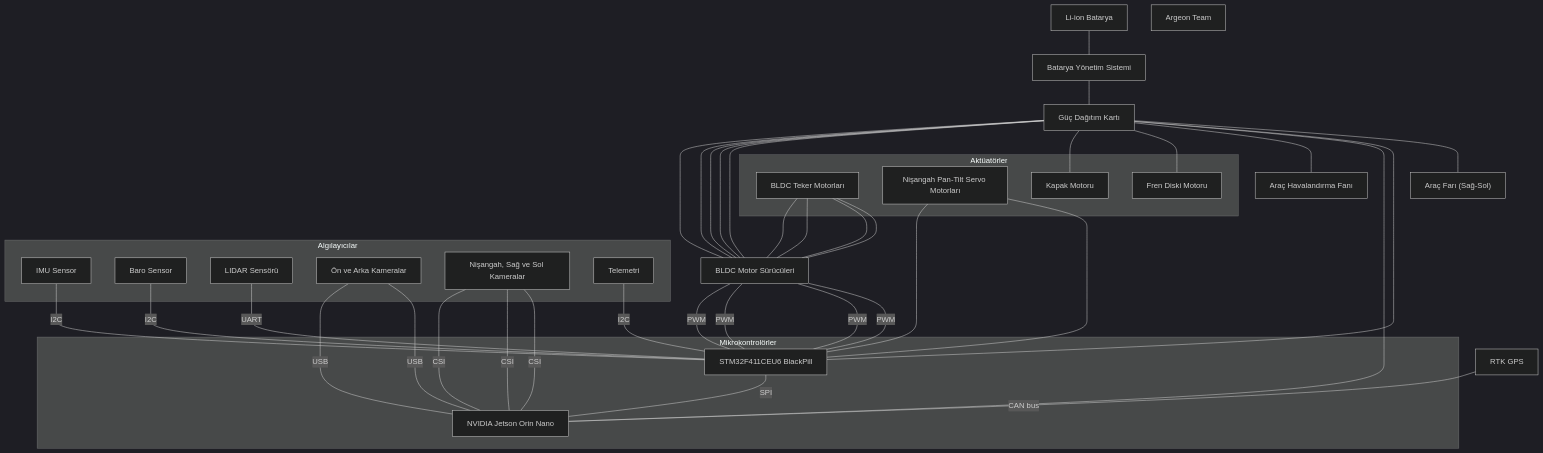
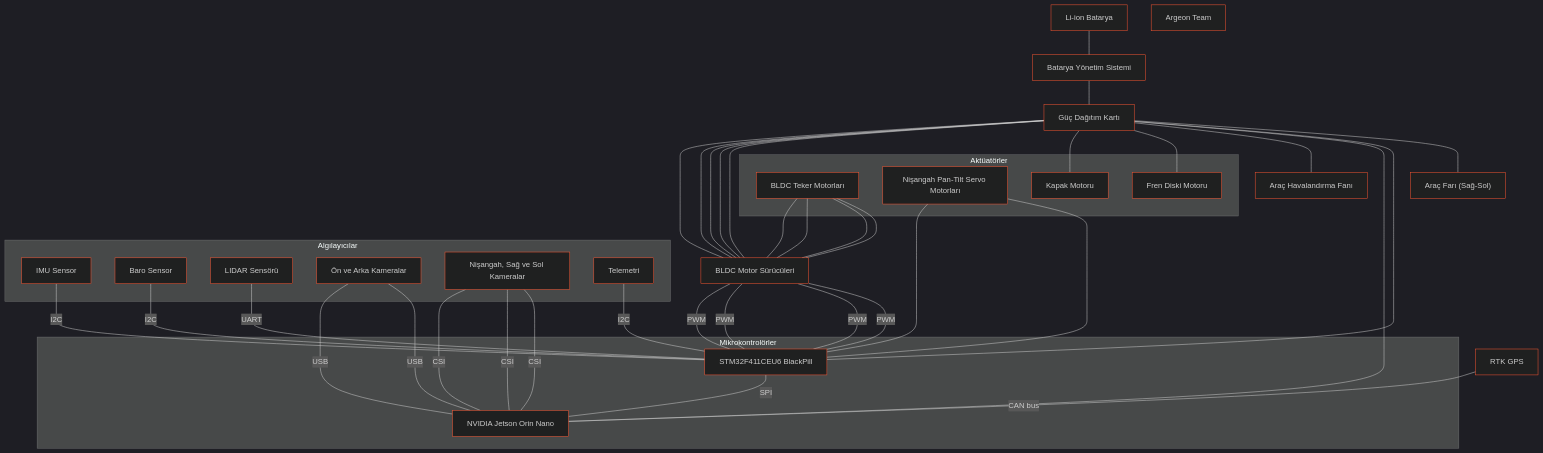
The diagram in autopilot_diagram.md (ahmetsalihbalandi/autopilot), drawn with Mermaid before and after one commit.

````diff
--- a/autopilot_diagram.md
+++ b/autopilot_diagram.md
@@ -1,48 +1,51 @@
 ```mermaid
 ---
 config:
   theme: dark
   themeVariables:
-    background: "#ffffff"
+    background: "#1E3A8A"
+    primaryColor: "#FFFFFF"
+    primaryTextColor: "#000000"
+    nodeBorder: "#FF5733"
 ---
 flowchart TD
  subgraph s1["Mikrokontrolörler"]
         Jetson_Nano["NVIDIA Jetson Orin Nano"]
         STM["STM32F411CEU6 BlackPill"]
   end
  subgraph s2["Algılayıcılar"]
         IMU["IMU Sensor"]
         Baro["Baro Sensor"]
         LIDAR["LIDAR Sensörü"]
         Camera1["Ön ve Arka Kameralar"]
 	Camera2["Nişangah, Sağ ve Sol Kameralar"]
         Telemetry["Telemetri"]
   end
  subgraph s3["Aktüatörler"]
         Motors["BLDC Teker Motorları"]
         sMotors["Nişangah Pan-Tilt Servo Motorları"]
 	fMotor["Fren Diski Motoru"]
 	kMotor["Kapak Motoru"]
   end
     Motors --- Drivers["BLDC Motor Sürücüleri"] & Drivers & Drivers & Drivers
     Battery["Li-ion Batarya"] --- BMS["Batarya Yönetim Sistemi"]
     BMS["Batarya Yönetim Sistemi"] --- Distributor["Güç Dağıtım Kartı"]
     Distributor & Distributor & Distributor & Distributor & Distributor --- Drivers
     Distributor --- kMotor & fMotor
     Distributor --- Havalandırma["Araç Havalandırma Fanı"]
     Drivers -- PWM --- STM & STM & STM & STM
     LIDAR -- UART --- STM
     IMU -- I2C --- STM
     Baro -- I2C --- STM
     Telemetry -- I2C --- STM
     GPS["RTK GPS"] -- CAN bus --- Jetson_Nano
     Camera1 & Camera1 -- USB --- Jetson_Nano
     Camera2 & Camera2 & Camera2 -- CSI --- Jetson_Nano
     STM -- SPI --- Jetson_Nano
     Distributor --- Jetson_Nano
     Distributor --- STM
     Distributor --- Far["Araç Farı (Sağ-Sol)"]
     sMotors --- STM & STM
 classDef footer fill:none,stroke:none,color:#000, font-style:italic;
 footer["Argeon Team"]
 ```
````
